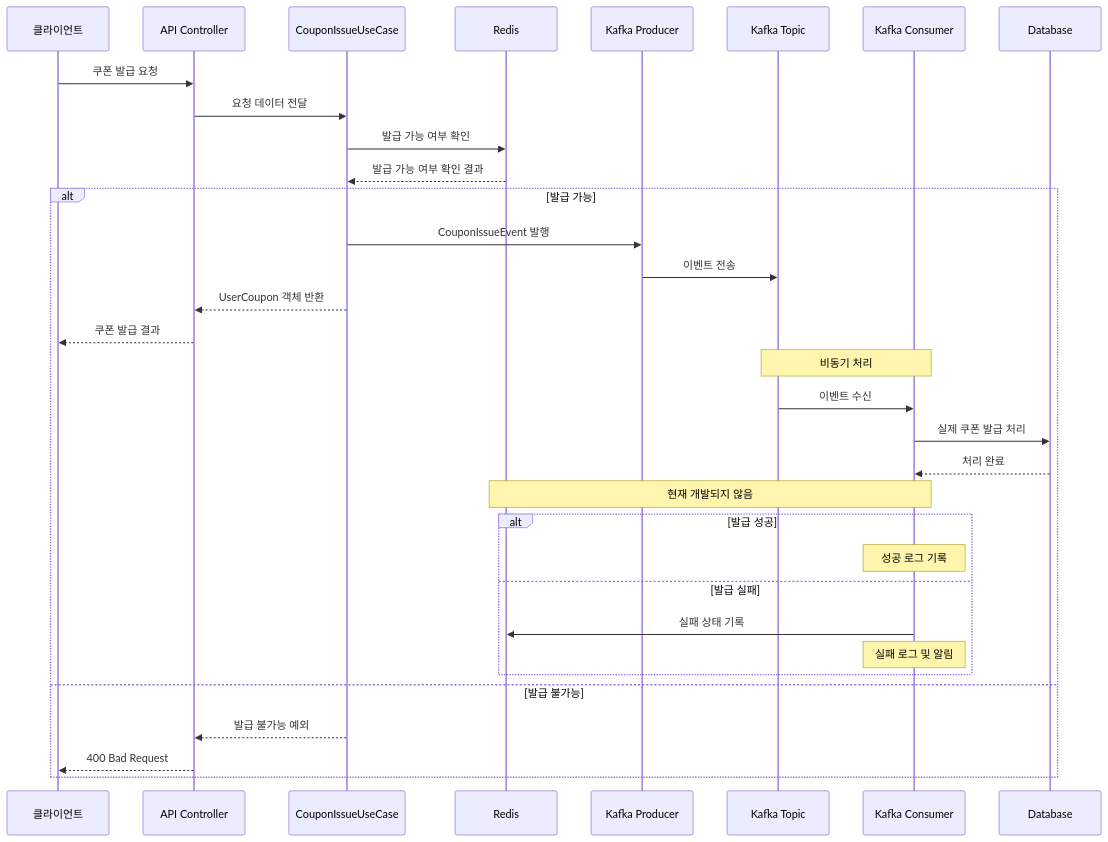
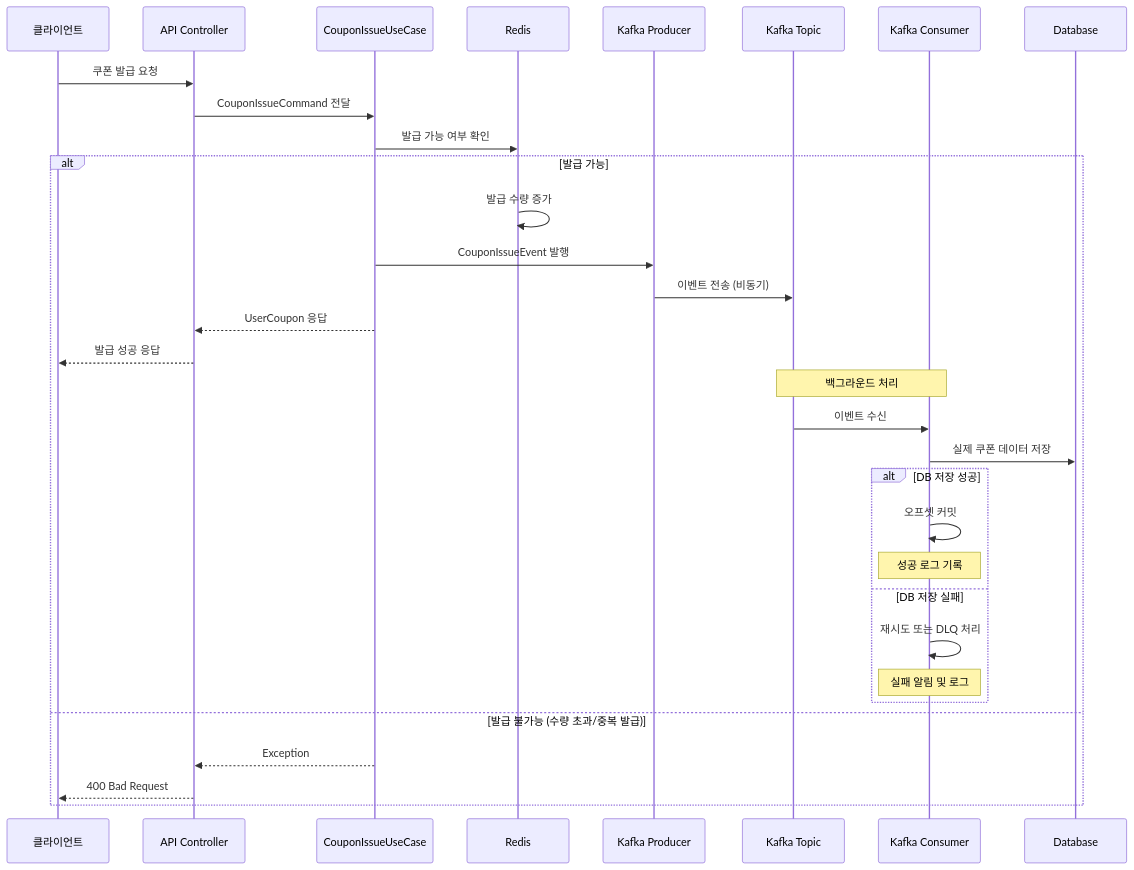
One commit to letter333/hhplus-be9-commerce changed the diagram in docs/쿠폰 발급 kafka 설계.md. Above: the diagram before and after it, drawn with Mermaid. The commit also changed other lines of this file, not shown here.

Commit message:
docs: kafka 설계 문서 수정

````diff
--- a/docs/쿠폰 발급 kafka 설계.md
+++ b/docs/쿠폰 발급 kafka 설계.md
@@ -31,42 +51,40 @@
-```mermaid
+``` mermaid
 sequenceDiagram
     participant Client as 클라이언트
     participant API as API Controller
     participant UseCase as CouponIssueUseCase
-    participant Redis
+    participant Redis as Redis
     participant KafkaP as Kafka Producer
     participant KafkaT as Kafka Topic
     participant KafkaC as Kafka Consumer
     participant DB as Database
 
     Client->>API: 쿠폰 발급 요청
-    API->>UseCase: 요청 데이터 전달
+    API->>UseCase: CouponIssueCommand 전달
 
     UseCase->>Redis: 발급 가능 여부 확인
-    Redis-->>UseCase: 발급 가능 여부 확인 결과
+    alt 발급 가능
+        Redis->>Redis: 발급 수량 증가
+        UseCase->>KafkaP: CouponIssueEvent 발행
+        KafkaP->>KafkaT: 이벤트 전송 (비동기)
+        
+        UseCase-->>API: UserCoupon 응답
+        API-->>Client: 발급 성공 응답
 
-    alt 발급 가능
-        UseCase->>KafkaP: CouponIssueEvent 발행
-        KafkaP->>KafkaT: 이벤트 전송
-
-        UseCase-->>API: UserCoupon 객체 반환
-        API-->>Client: 쿠폰 발급 결과
-
-        Note over KafkaT,KafkaC: 비동기 처리
+        Note over KafkaT,KafkaC: 백그라운드 처리
         KafkaT->>KafkaC: 이벤트 수신
-        KafkaC->>DB: 실제 쿠폰 발급 처리
-        DB-->>KafkaC: 처리 완료
-
-        Note over Redis, KafkaC: 현재 개발되지 않음
-        alt 발급 성공
+        KafkaC->>DB: 실제 쿠폰 데이터 저장
+        
+        alt DB 저장 성공
+            KafkaC->>KafkaC: 오프셋 커밋
             Note over KafkaC: 성공 로그 기록
-        else 발급 실패
-            KafkaC->>Redis: 실패 상태 기록
-            Note over KafkaC: 실패 로그 및 알림
+        else DB 저장 실패
+            KafkaC->>KafkaC: 재시도 또는 DLQ 처리
+            Note over KafkaC: 실패 알림 및 로그
         end
 
-    else 발급 불가능
-        UseCase-->>API: 발급 불가능 예외
+    else 발급 불가능 (수량 초과/중복 발급)
+        UseCase-->>API: Exception
         API-->>Client: 400 Bad Request
     end
 ```
````
